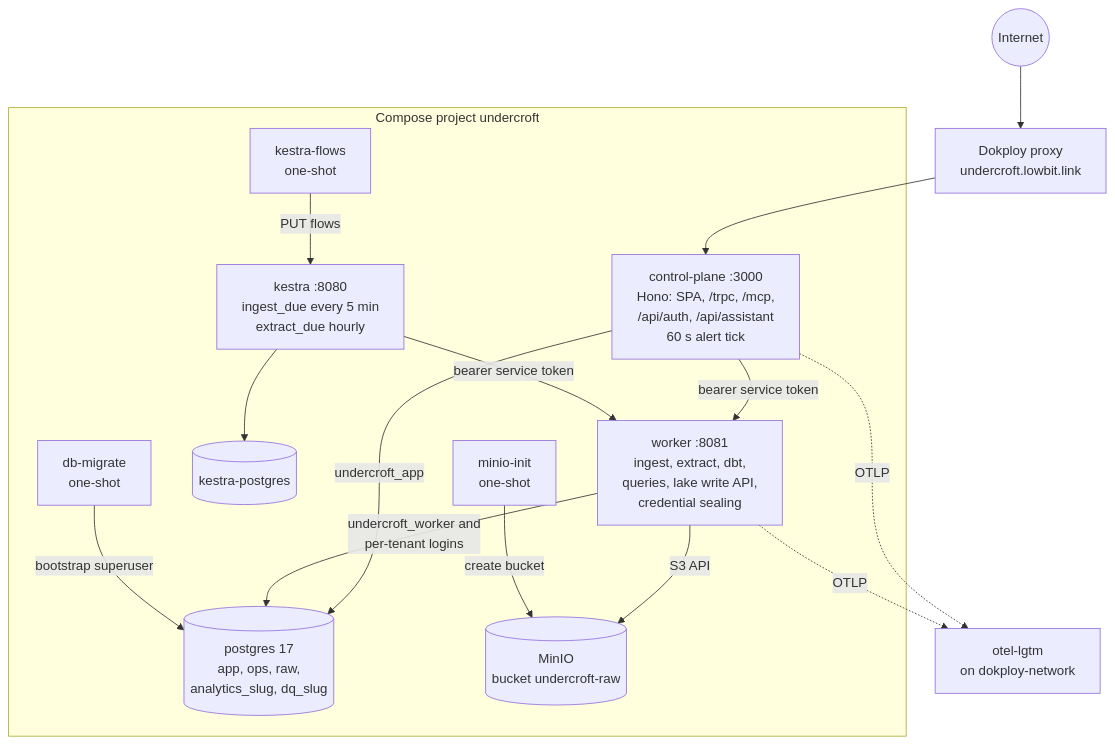
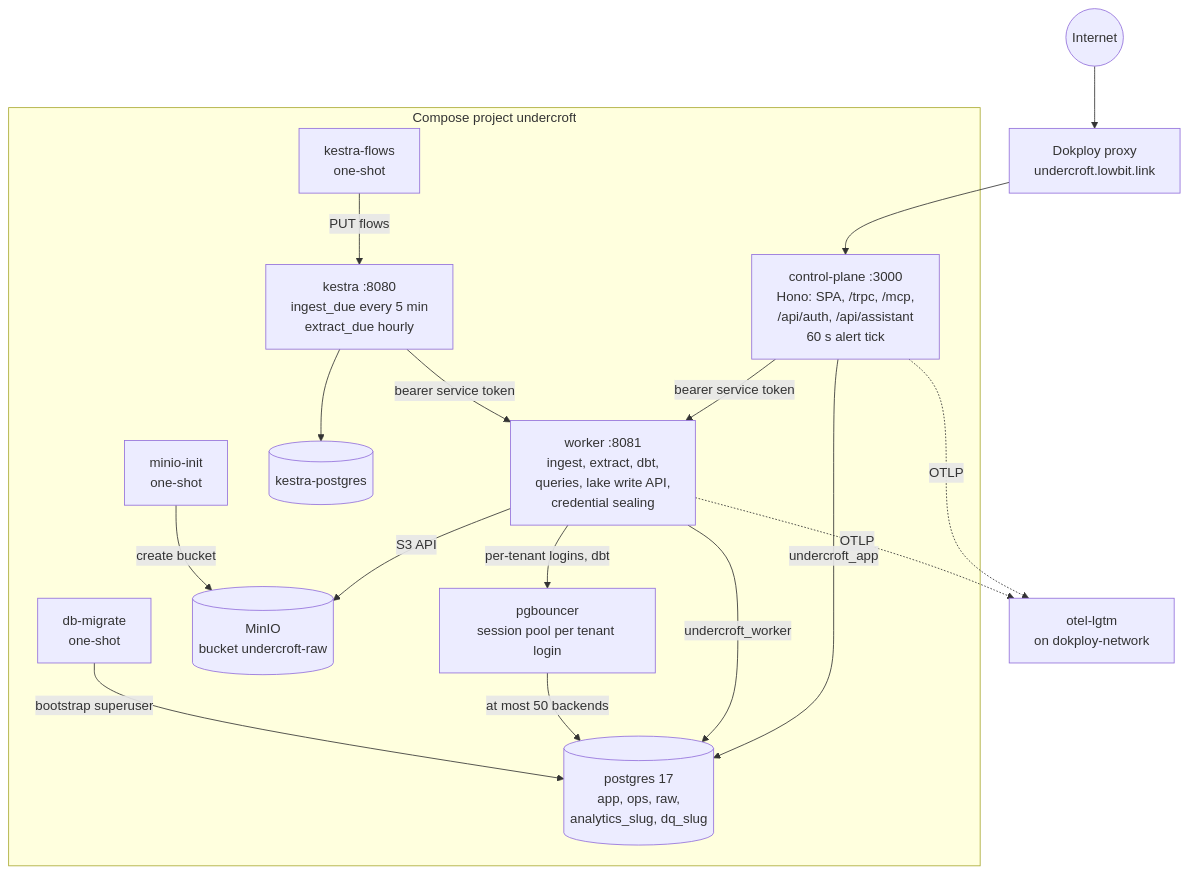
One commit to muitneliss/undercroft changed the third of 15 diagrams in docs/architecture.md. Above: the diagram before and after it, drawn with Mermaid. The commit also changed other lines of this file and 46 other files, not shown here.

````diff
--- a/docs/architecture.md
+++ b/docs/architecture.md
@@ -136,32 +136,35 @@
 ```mermaid
 flowchart TB
     internet(("Internet"))
     proxy["Dokploy proxy<br/>undercroft.lowbit.link"]
 
     subgraph stack["Compose project undercroft"]
         cp["control-plane :3000<br/>Hono: SPA, /trpc, /mcp,<br/>/api/auth, /api/assistant<br/>60 s alert tick"]
         worker["worker :8081<br/>ingest, extract, dbt,<br/>queries, lake write API,<br/>credential sealing"]
         kestra["kestra :8080<br/>ingest_due every 5 min<br/>extract_due hourly"]
+        pgb["pgbouncer<br/>session pool per tenant login"]
         pg[("postgres 17<br/>app, ops, raw,<br/>analytics_slug, dq_slug")]
         kpg[("kestra-postgres")]
         minio[("MinIO<br/>bucket undercroft-raw")]
         migrate["db-migrate<br/>one-shot"]
         flows["kestra-flows<br/>one-shot"]
         minit["minio-init<br/>one-shot"]
     end
 
     otel["otel-lgtm<br/>on dokploy-network"]
 
     internet --> proxy --> cp
     cp -->|"undercroft_app"| pg
     cp -->|"bearer service token"| worker
     kestra -->|"bearer service token"| worker
     kestra --> kpg
-    worker -->|"undercroft_worker and<br/>per-tenant logins"| pg
+    worker -->|"undercroft_worker"| pg
+    worker -->|"per-tenant logins, dbt"| pgb
+    pgb -->|"at most 50 backends"| pg
     worker -->|"S3 API"| minio
     migrate -->|"bootstrap superuser"| pg
     flows -->|"PUT flows"| kestra
     minit -->|"create bucket"| minio
     cp -.->|"OTLP"| otel
     worker -.->|"OTLP"| otel
 ```
````
